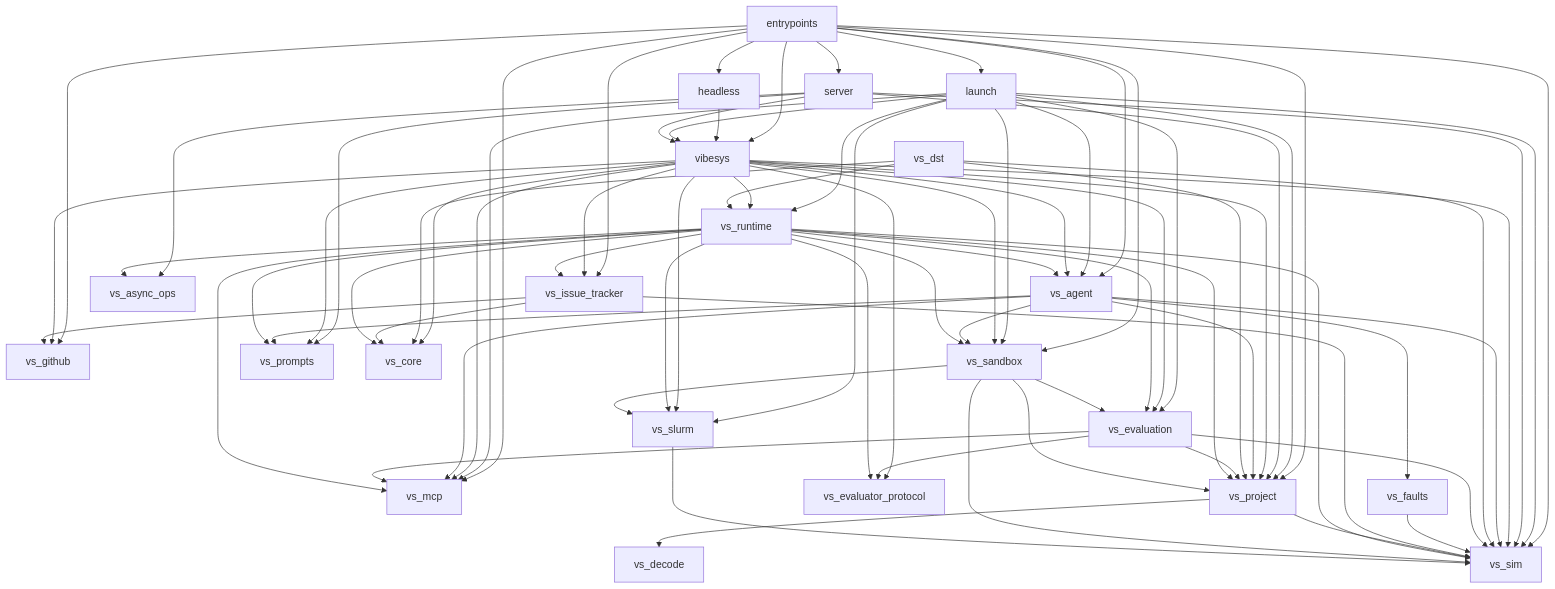
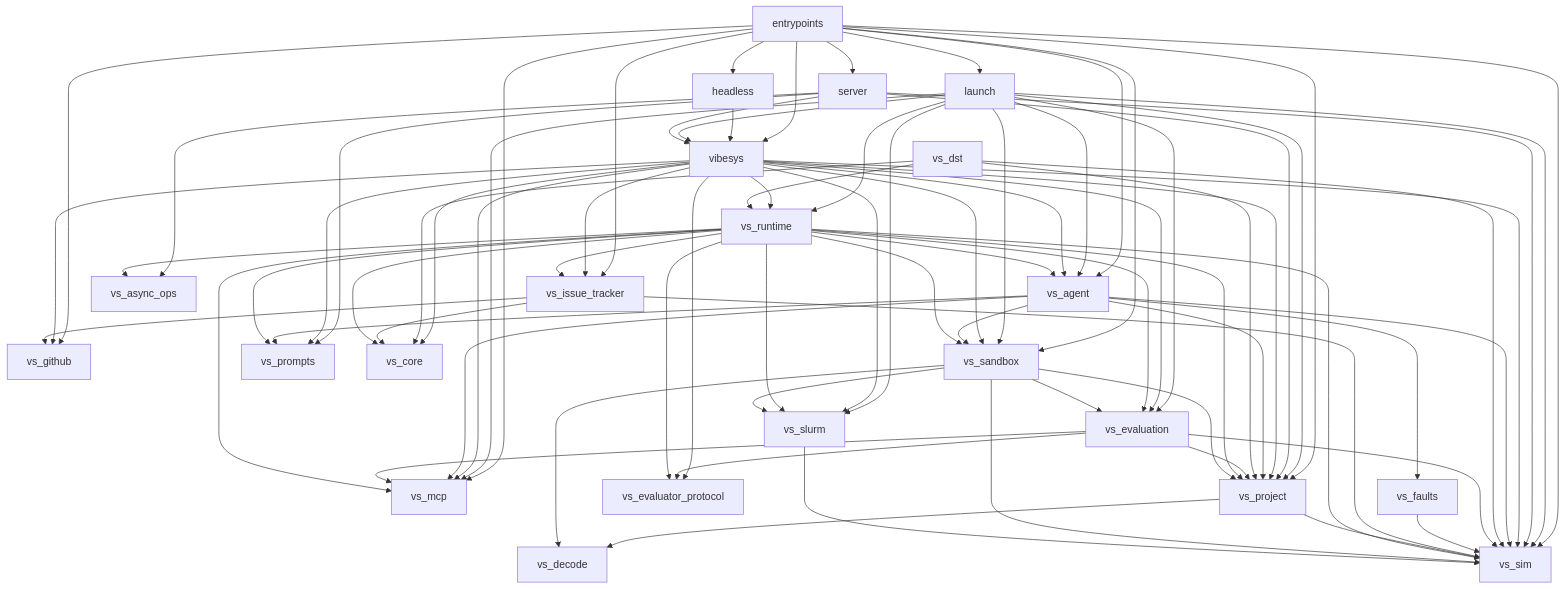
The diagram in docs/contributing/architecture.md (6Mikao9/vibesys), drawn with Mermaid before and after one commit. The commit also changed 22 other files, not shown here.

````diff
--- a/docs/contributing/architecture.md
+++ b/docs/contributing/architecture.md
@@ -128,79 +128,80 @@
 ```mermaid
 graph TD
     entrypoints --> headless
     entrypoints --> launch
     entrypoints --> server
     entrypoints --> vibesys
     entrypoints --> vs_agent
     entrypoints --> vs_github
     entrypoints --> vs_issue_tracker
     entrypoints --> vs_mcp
     entrypoints --> vs_project
     entrypoints --> vs_sandbox
     entrypoints --> vs_sim
     headless --> vibesys
     launch --> vibesys
     launch --> vs_agent
     launch --> vs_evaluation
     launch --> vs_mcp
     launch --> vs_project
     launch --> vs_runtime
     launch --> vs_sandbox
     launch --> vs_sim
     launch --> vs_slurm
     server --> vibesys
     server --> vs_async_ops
     server --> vs_project
     server --> vs_prompts
     server --> vs_sim
     vibesys --> vs_agent
     vibesys --> vs_core
     vibesys --> vs_evaluation
     vibesys --> vs_evaluator_protocol
     vibesys --> vs_github
     vibesys --> vs_issue_tracker
     vibesys --> vs_mcp
     vibesys --> vs_project
     vibesys --> vs_prompts
     vibesys --> vs_runtime
     vibesys --> vs_sandbox
     vibesys --> vs_sim
     vibesys --> vs_slurm
     vs_agent --> vs_faults
     vs_agent --> vs_mcp
     vs_agent --> vs_project
     vs_agent --> vs_prompts
     vs_agent --> vs_sandbox
     vs_agent --> vs_sim
     vs_dst --> vs_core
     vs_dst --> vs_project
     vs_dst --> vs_runtime
     vs_dst --> vs_sim
     vs_evaluation --> vs_evaluator_protocol
     vs_evaluation --> vs_mcp
     vs_evaluation --> vs_project
     vs_evaluation --> vs_sim
     vs_faults --> vs_sim
     vs_issue_tracker --> vs_core
     vs_issue_tracker --> vs_github
     vs_issue_tracker --> vs_sim
     vs_project --> vs_decode
     vs_project --> vs_sim
     vs_runtime --> vs_agent
     vs_runtime --> vs_async_ops
     vs_runtime --> vs_core
     vs_runtime --> vs_evaluation
     vs_runtime --> vs_evaluator_protocol
     vs_runtime --> vs_issue_tracker
     vs_runtime --> vs_mcp
     vs_runtime --> vs_project
     vs_runtime --> vs_prompts
     vs_runtime --> vs_sandbox
     vs_runtime --> vs_sim
     vs_runtime --> vs_slurm
+    vs_sandbox --> vs_decode
     vs_sandbox --> vs_evaluation
     vs_sandbox --> vs_project
     vs_sandbox --> vs_sim
     vs_sandbox --> vs_slurm
     vs_slurm --> vs_sim
 ```
````
